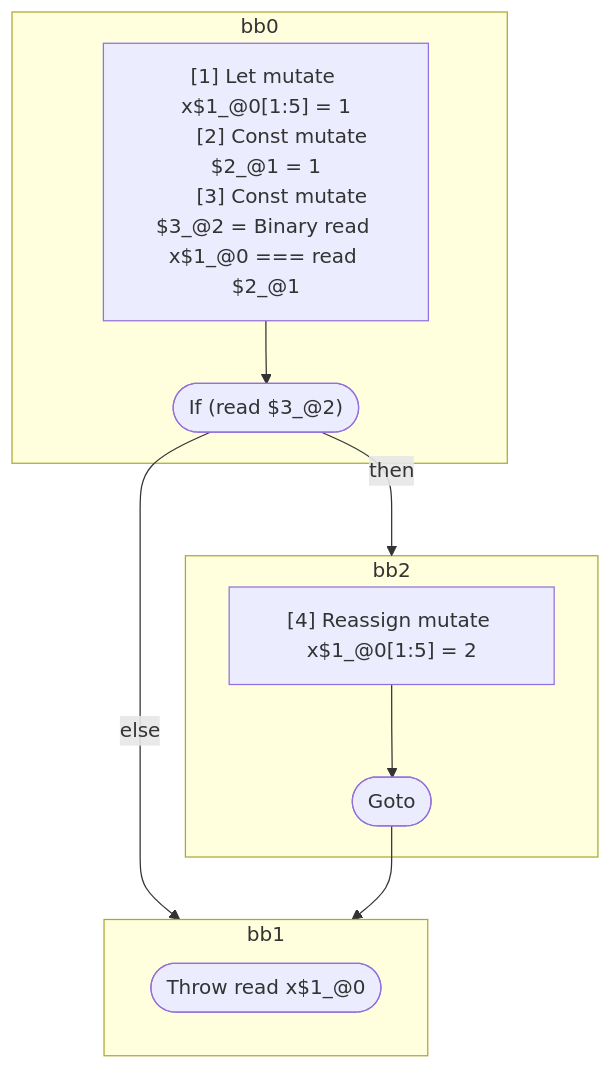
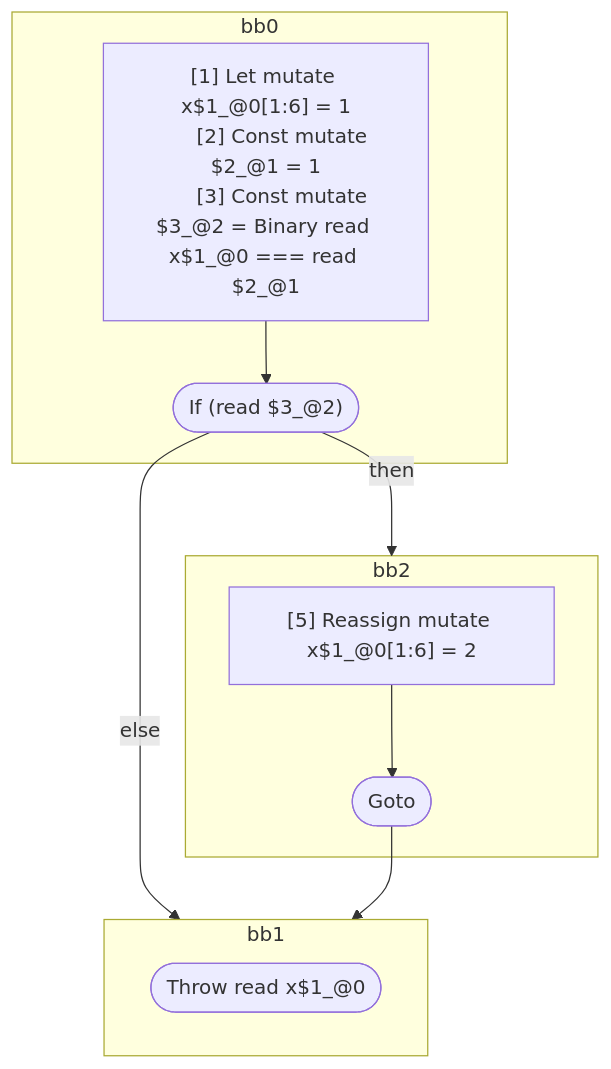
The diagram in compiler/forget/src/__tests__/fixtures/hir/ssa-throw.expect.md (wutsmog/private), drawn with Mermaid before and after one commit. The commit also changed other lines of this file and 61 other files, not shown here.

````diff
--- a/compiler/forget/src/__tests__/fixtures/hir/ssa-throw.expect.md
+++ b/compiler/forget/src/__tests__/fixtures/hir/ssa-throw.expect.md
@@ -34,27 +34,27 @@
 ```mermaid
 flowchart TB
   %% Basic Blocks
   subgraph bb0
     bb0_instrs["
-      [1] Let mutate x$1_@0[1:5] = 1
+      [1] Let mutate x$1_@0[1:6] = 1
       [2] Const mutate $2_@1 = 1
       [3] Const mutate $3_@2 = Binary read x$1_@0 === read $2_@1
     "]
     bb0_instrs --> bb0_terminal(["If (read $3_@2)"])
   end
   subgraph bb2
     bb2_instrs["
-      [4] Reassign mutate x$1_@0[1:5] = 2
+      [5] Reassign mutate x$1_@0[1:6] = 2
     "]
     bb2_instrs --> bb2_terminal(["Goto"])
   end
   subgraph bb1
     bb1_terminal(["Throw read x$1_@0"])
   end
 
   %% Jumps
   bb0_terminal -- "then" --> bb2
   bb0_terminal -- "else" --> bb1
   bb2_terminal --> bb1
 
 ```
````
